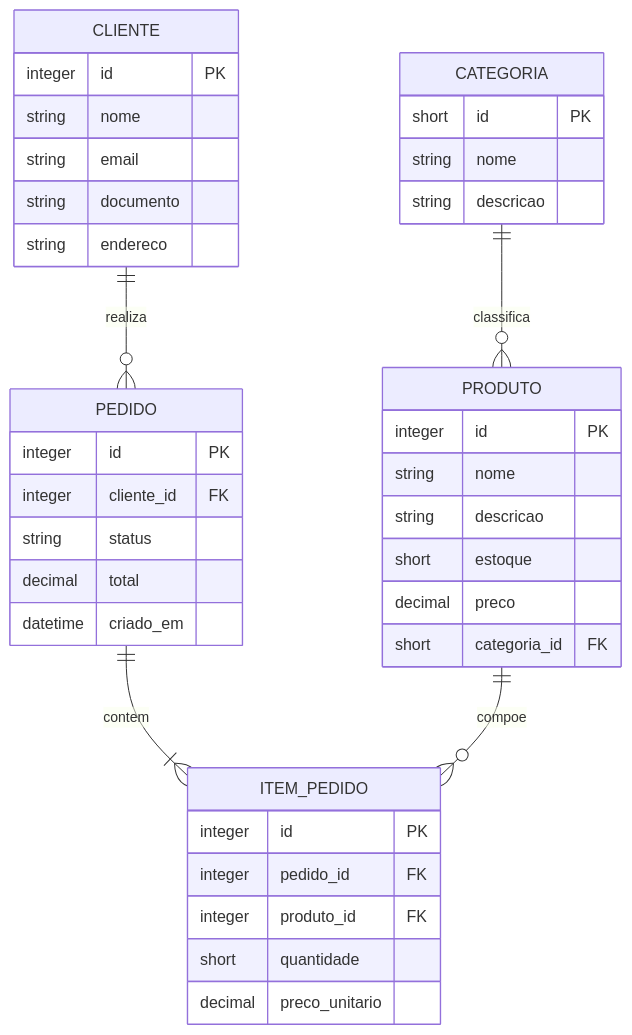
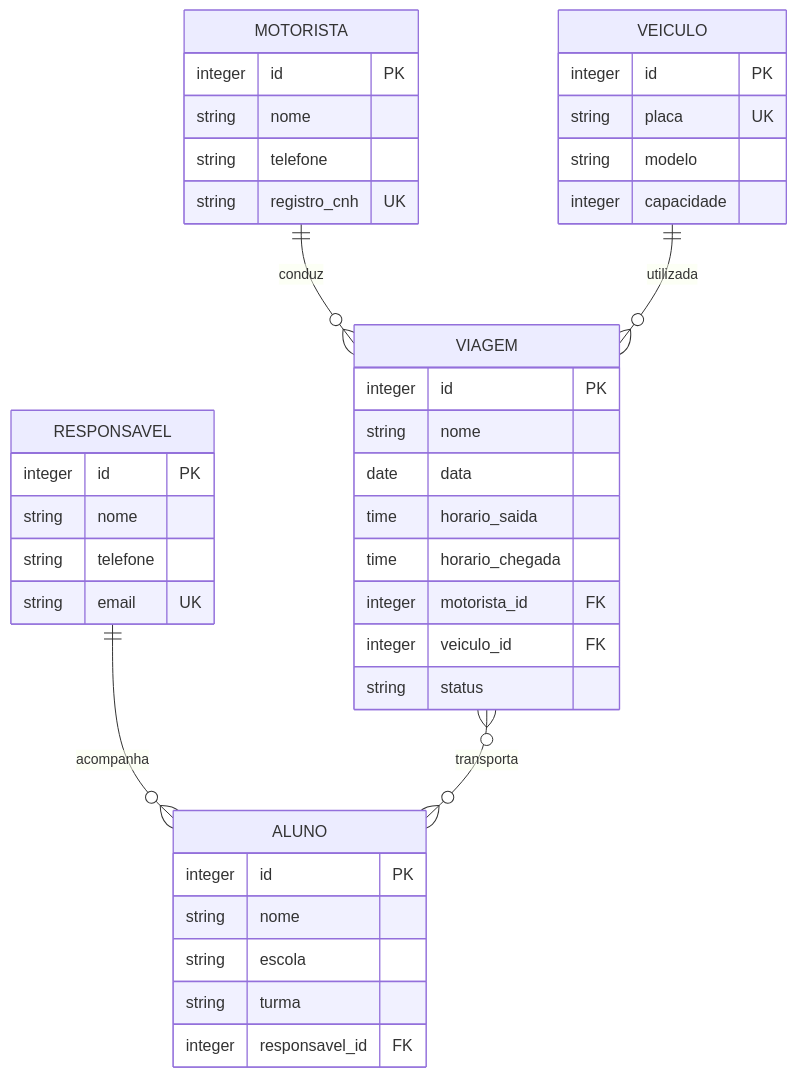
The diagram in ecommerce/docs/modelo-dados.md (rcs-user/ecommerce-backend-4a), drawn with Mermaid before and after one commit. The commit also changed other lines of this file and 53 other files, not shown here.

````diff
--- a/ecommerce/docs/modelo-dados.md
+++ b/ecommerce/docs/modelo-dados.md
@@ -3,42 +3,43 @@
 ```mermaid
 erDiagram
-    CATEGORIA ||--o{ PRODUTO : classifica
-    CLIENTE ||--o{ PEDIDO : realiza
-    PEDIDO ||--|{ ITEM_PEDIDO : contem
-    PRODUTO ||--o{ ITEM_PEDIDO : compoe
+    RESPONSAVEL ||--o{ ALUNO : acompanha
+    MOTORISTA ||--o{ VIAGEM : conduz
+    VEICULO ||--o{ VIAGEM : utilizada
+    VIAGEM }o--o{ ALUNO : transporta
 
-    CATEGORIA {
-        short id PK
-        string nome
-        string descricao
-    }
-    PRODUTO {
+    RESPONSAVEL {
         integer id PK
         string nome
-        string descricao
-        short estoque
-        decimal preco
-        short categoria_id FK
+        string telefone
+        string email UK
     }
-    CLIENTE {
+    ALUNO {
         integer id PK
         string nome
-        string email
-        string documento
-        string endereco
+        string escola
+        string turma
+        integer responsavel_id FK
     }
-    PEDIDO {
+    MOTORISTA {
         integer id PK
-        integer cliente_id FK
+        string nome
+        string telefone
+        string registro_cnh UK
+    }
+    VEICULO {
+        integer id PK
+        string placa UK
+        string modelo
+        integer capacidade
+    }
+    VIAGEM {
+        integer id PK
+        string nome
+        date data
+        time horario_saida
+        time horario_chegada
+        integer motorista_id FK
+        integer veiculo_id FK
         string status
-        decimal total
-        datetime criado_em
-    }
-    ITEM_PEDIDO {
-        integer id PK
-        integer pedido_id FK
-        integer produto_id FK
-        short quantidade
-        decimal preco_unitario
     }
 ```
````
